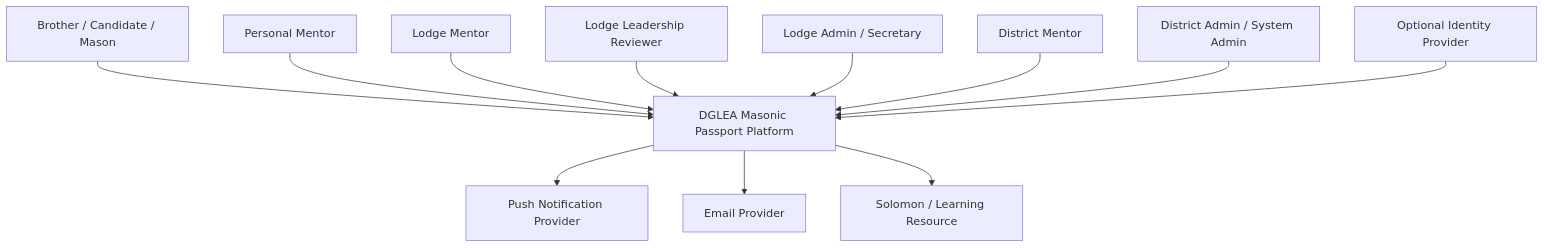
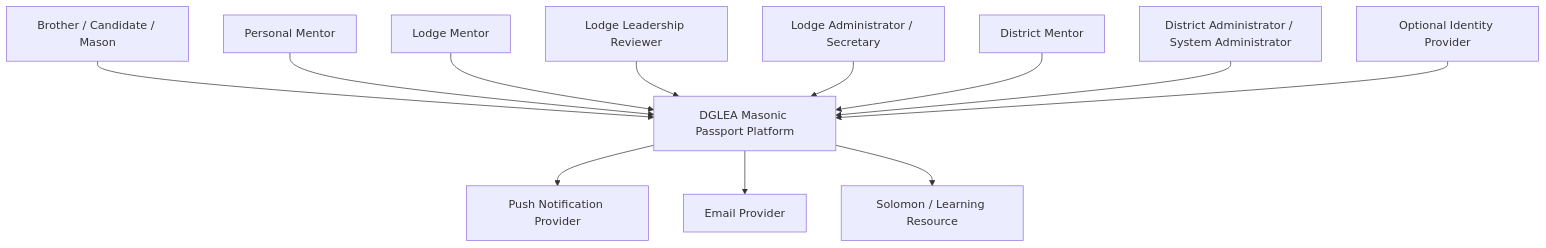
Before and after one commit to blackTieV2/DGLEA-Masonic-Passport: the first of 3 diagrams in docs/02-architecture/DGLEA_Masonic_Passport_System_Context_and_Container_Diagrams_v1.md, drawn with Mermaid. The commit also changed other lines of this file and 9 other files, not shown here.

Commit message:
docs: freeze canonical naming across product, architecture, api, ux, and testing

````diff
--- a/docs/02-architecture/DGLEA_Masonic_Passport_System_Context_and_Container_Diagrams_v1.md
+++ b/docs/02-architecture/DGLEA_Masonic_Passport_System_Context_and_Container_Diagrams_v1.md
@@ -52,30 +52,30 @@
 ```mermaid
 flowchart TD
     B[Brother / Candidate / Mason]
     PM[Personal Mentor]
     LM[Lodge Mentor]
     LR[Lodge Leadership Reviewer]
-    LA[Lodge Admin / Secretary]
+    LA[Lodge Administrator / Secretary]
     DM[District Mentor]
-    DA[District Admin / System Admin]
+    DA[District Administrator / System Administrator]
 
     SYS[DGLEA Masonic Passport Platform]
 
     PUSH[Push Notification Provider]
     EMAIL[Email Provider]
     SOLOMON[Solomon / Learning Resource]
     IDP[Optional Identity Provider]
 
     B --> SYS
     PM --> SYS
     LM --> SYS
     LR --> SYS
     LA --> SYS
     DM --> SYS
     DA --> SYS
 
     SYS --> PUSH
     SYS --> EMAIL
     SYS --> SOLOMON
     IDP --> SYS
 ```
````
